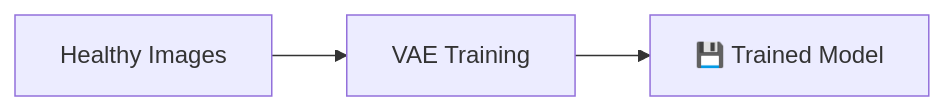
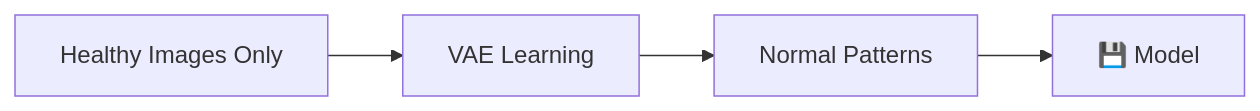
One commit to PratikNichite/Anomaly-Detection-for-Infrastructure-Monitoring changed the first of 2 diagrams in readme.md. Above: the diagram before and after it, drawn with Mermaid. The commit also changed other lines of this file, not shown here.

````diff
--- a/readme.md
+++ b/readme.md
@@ -34,4 +34,4 @@
 ```mermaid
 graph LR
-    A[Healthy Images] --> B[VAE Training] --> C[💾 Trained Model]
+    A[Healthy Images Only] --> B[VAE Learning] --> C[Normal Patterns] --> D[💾 Model]
 ```
````
